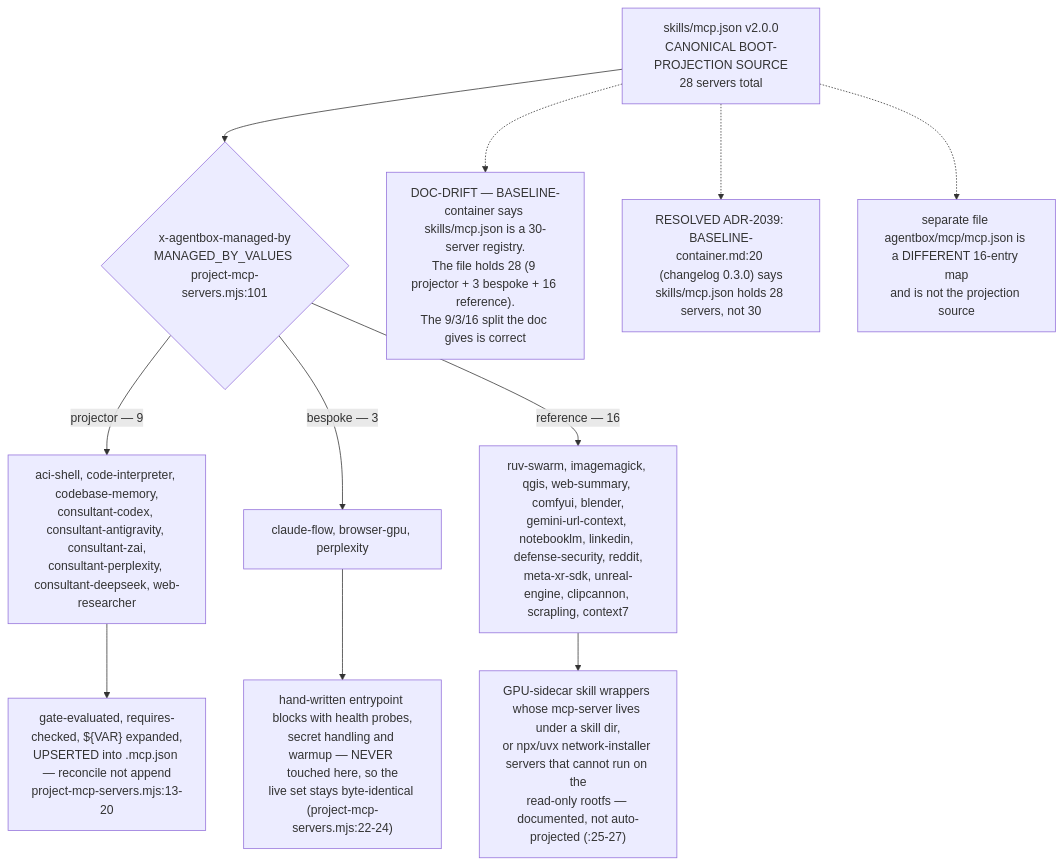
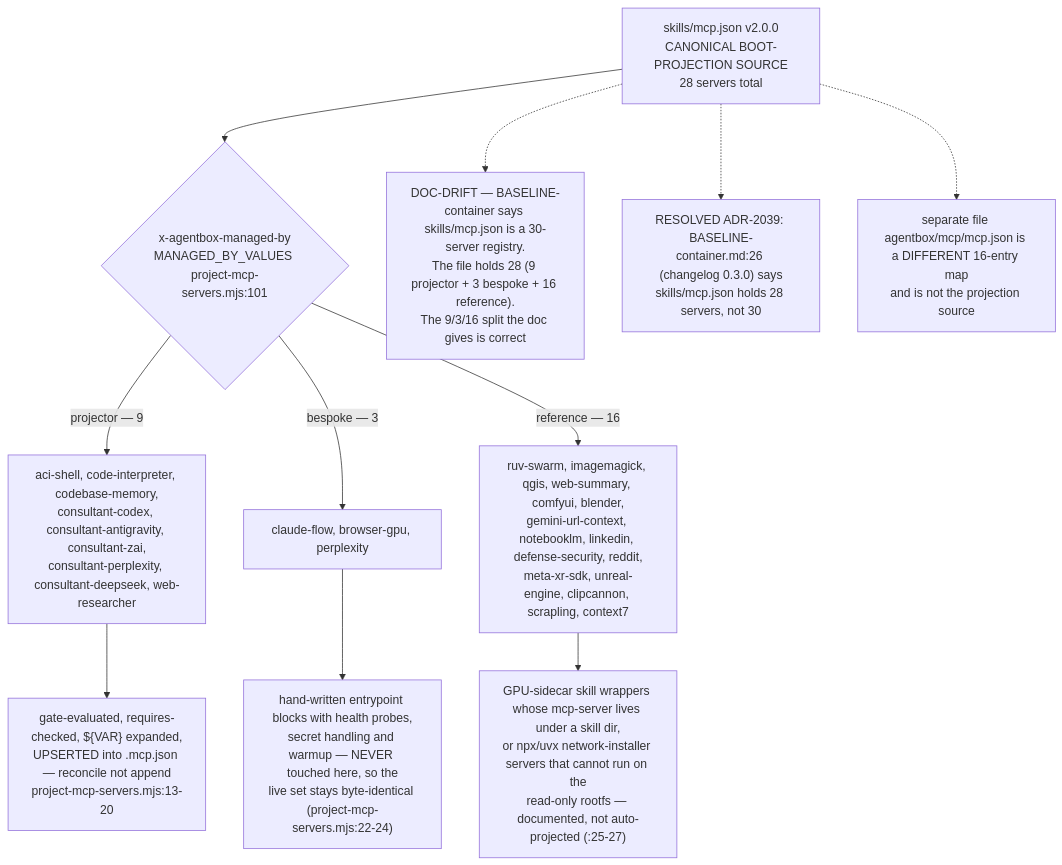
One commit to DreamLab-AI/VisionFlow changed the first of 7 diagrams in docs/diagrams/agentbox/09-mcp-servers-catalogue.md. Above: the diagram before and after it, drawn with Mermaid. The commit also changed other lines of this file and 160 other files, not shown here.

````diff
--- a/docs/diagrams/agentbox/09-mcp-servers-catalogue.md
+++ b/docs/diagrams/agentbox/09-mcp-servers-catalogue.md
@@ -36,13 +36,13 @@
 ```mermaid
 flowchart TD
     REG["skills/mcp.json v2.0.0<br/>CANONICAL BOOT-PROJECTION SOURCE<br/>28 servers total"] --> CLS{"x-agentbox-managed-by<br/>MANAGED_BY_VALUES project-mcp-servers.mjs:101"}
     CLS -->|projector — 9| PJ["aci-shell, code-interpreter, codebase-memory,<br/>consultant-codex, consultant-antigravity, consultant-zai,<br/>consultant-perplexity, consultant-deepseek, web-researcher"]
     CLS -->|bespoke — 3| BS["claude-flow, browser-gpu, perplexity"]
     CLS -->|reference — 16| RF["ruv-swarm, imagemagick, qgis, web-summary, comfyui, blender,<br/>gemini-url-context, notebooklm, linkedin, defense-security, reddit,<br/>meta-xr-sdk, unreal-engine, clipcannon, scrapling, context7"]
     PJ --> ACT["gate-evaluated, requires-checked, ${VAR} expanded,<br/>UPSERTED into .mcp.json — reconcile not append<br/>project-mcp-servers.mjs:13-20"]
     BS --> NEVER["hand-written entrypoint blocks with health probes,<br/>secret handling and warmup — NEVER touched here, so the<br/>live set stays byte-identical (project-mcp-servers.mjs:22-24)"]
     RF --> DOC["GPU-sidecar skill wrappers whose mcp-server lives under a skill dir,<br/>or npx/uvx network-installer servers that cannot run on the<br/>read-only rootfs — documented, not auto-projected (:25-27)"]
     REG -.-> D1["DOC-DRIFT — BASELINE-container says skills/mcp.json is a 30-server registry.<br/>The file holds 28 (9 projector + 3 bespoke + 16 reference).<br/>The 9/3/16 split the doc gives is correct"]
-    REG -.-> D1R["RESOLVED ADR-2039: BASELINE-container.md:20 (changelog 0.3.0) says<br/>skills/mcp.json holds 28 servers, not 30"]
+    REG -.-> D1R["RESOLVED ADR-2039: BASELINE-container.md:26 (changelog 0.3.0) says<br/>skills/mcp.json holds 28 servers, not 30"]
     REG -.-> D2["separate file agentbox/mcp/mcp.json is a DIFFERENT 16-entry map<br/>and is not the projection source"]
 ```
````
